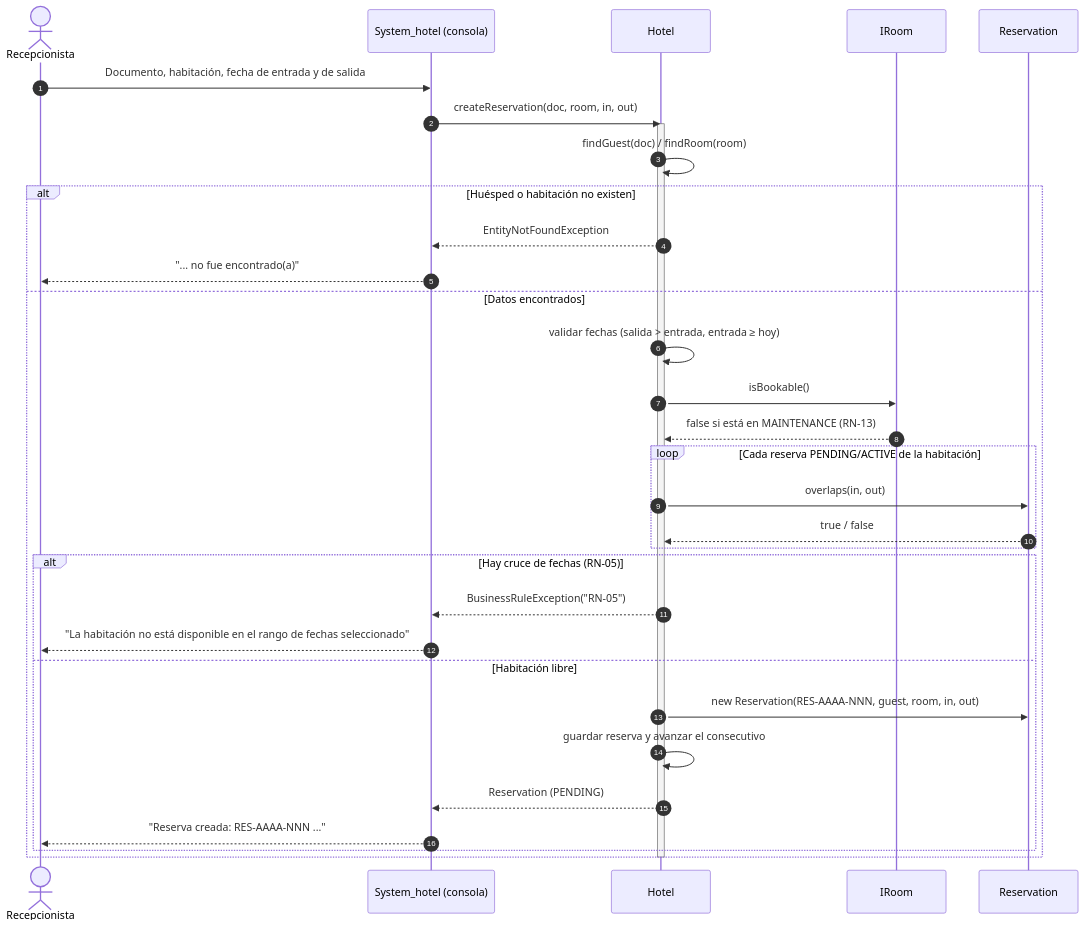
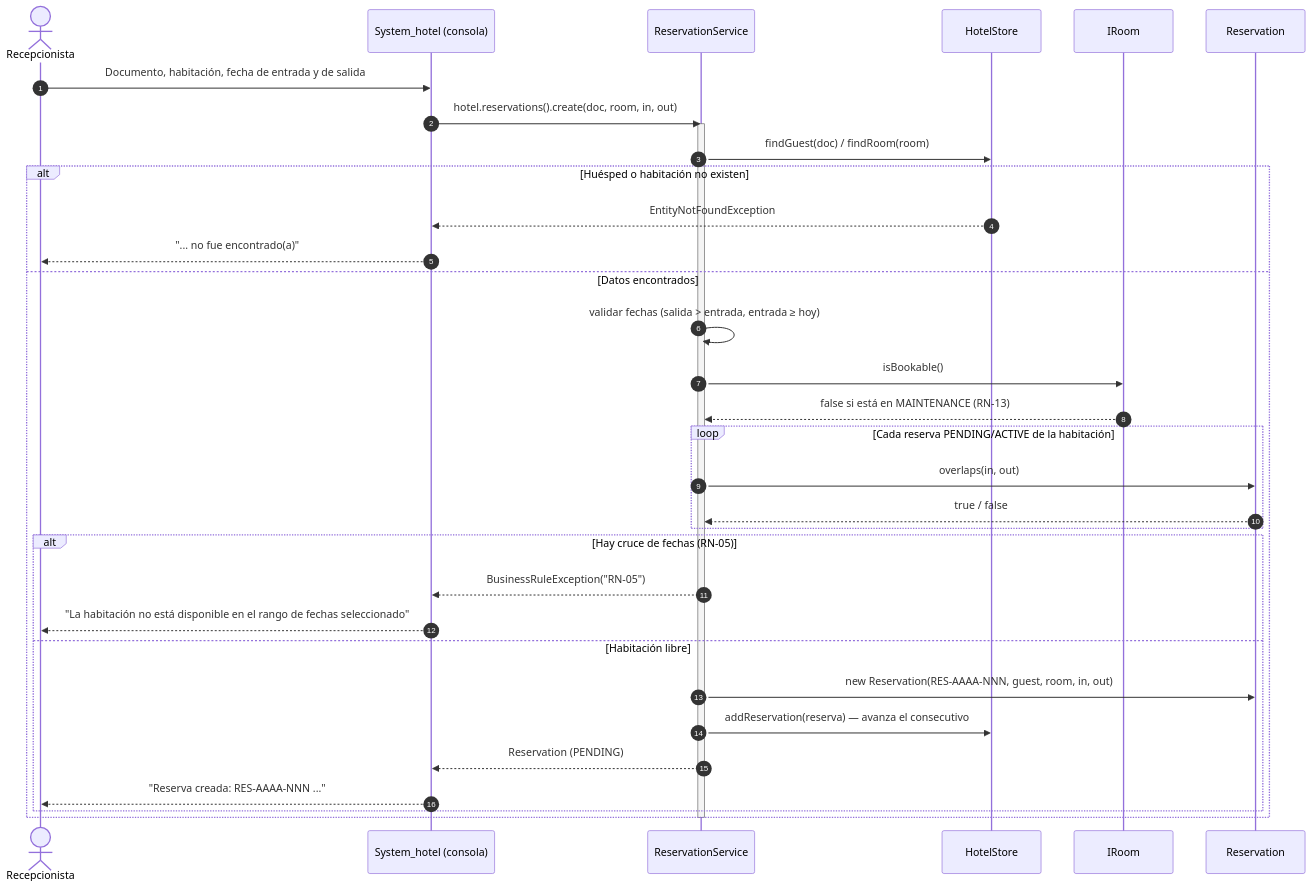
One commit to Johan117z/Proyect_system_hotel changed the third of 4 diagrams in Fase3_Diagramas_UML/UML_DIAGRAMS.md. Above: the diagram before and after it, drawn with Mermaid. The commit also changed other lines of this file and 14 other files, not shown here.

First line of the commit message:
refactor(app): split Hotel into one service per epic for high cohesion

````diff
--- a/Fase3_Diagramas_UML/UML_DIAGRAMS.md
+++ b/Fase3_Diagramas_UML/UML_DIAGRAMS.md
@@ -247,36 +286,37 @@
 ```mermaid
 sequenceDiagram
     autonumber
     actor Recep as Recepcionista
     participant CLI as System_hotel (consola)
-    participant Hotel
+    participant Svc as ReservationService
+    participant Store as HotelStore
     participant Room as IRoom
     participant Res as Reservation
 
     Recep->>CLI: Documento, habitación, fecha de entrada y de salida
-    CLI->>Hotel: createReservation(doc, room, in, out)
-    activate Hotel
-    Hotel->>Hotel: findGuest(doc) / findRoom(room)
+    CLI->>Svc: hotel.reservations().create(doc, room, in, out)
+    activate Svc
+    Svc->>Store: findGuest(doc) / findRoom(room)
     alt Huésped o habitación no existen
-        Hotel-->>CLI: EntityNotFoundException
+        Store-->>CLI: EntityNotFoundException
         CLI-->>Recep: "... no fue encontrado(a)"
     else Datos encontrados
-        Hotel->>Hotel: validar fechas (salida > entrada, entrada ≥ hoy)
-        Hotel->>Room: isBookable()
-        Room-->>Hotel: false si está en MAINTENANCE (RN-13)
+        Svc->>Svc: validar fechas (salida > entrada, entrada ≥ hoy)
+        Svc->>Room: isBookable()
+        Room-->>Svc: false si está en MAINTENANCE (RN-13)
         loop Cada reserva PENDING/ACTIVE de la habitación
-            Hotel->>Res: overlaps(in, out)
-            Res-->>Hotel: true / false
+            Svc->>Res: overlaps(in, out)
+            Res-->>Svc: true / false
         end
         alt Hay cruce de fechas (RN-05)
-            Hotel-->>CLI: BusinessRuleException("RN-05")
+            Svc-->>CLI: BusinessRuleException("RN-05")
             CLI-->>Recep: "La habitación no está disponible en el rango de fechas seleccionado"
         else Habitación libre
-            Hotel->>Res: new Reservation(RES-AAAA-NNN, guest, room, in, out)
-            Hotel->>Hotel: guardar reserva y avanzar el consecutivo
-            Hotel-->>CLI: Reservation (PENDING)
+            Svc->>Res: new Reservation(RES-AAAA-NNN, guest, room, in, out)
+            Svc->>Store: addReservation(reserva) — avanza el consecutivo
+            Svc-->>CLI: Reservation (PENDING)
             CLI-->>Recep: "Reserva creada: RES-AAAA-NNN ..."
         end
     end
-    deactivate Hotel
+    deactivate Svc
 ```
````
